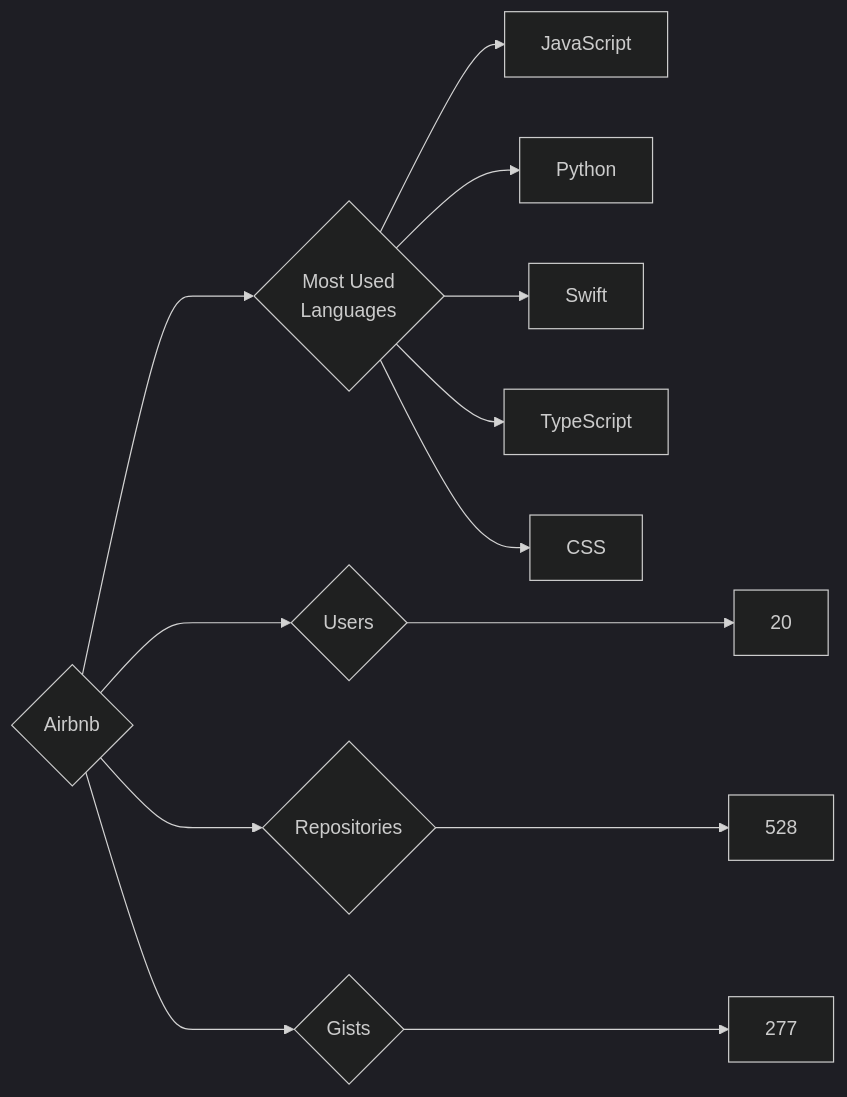
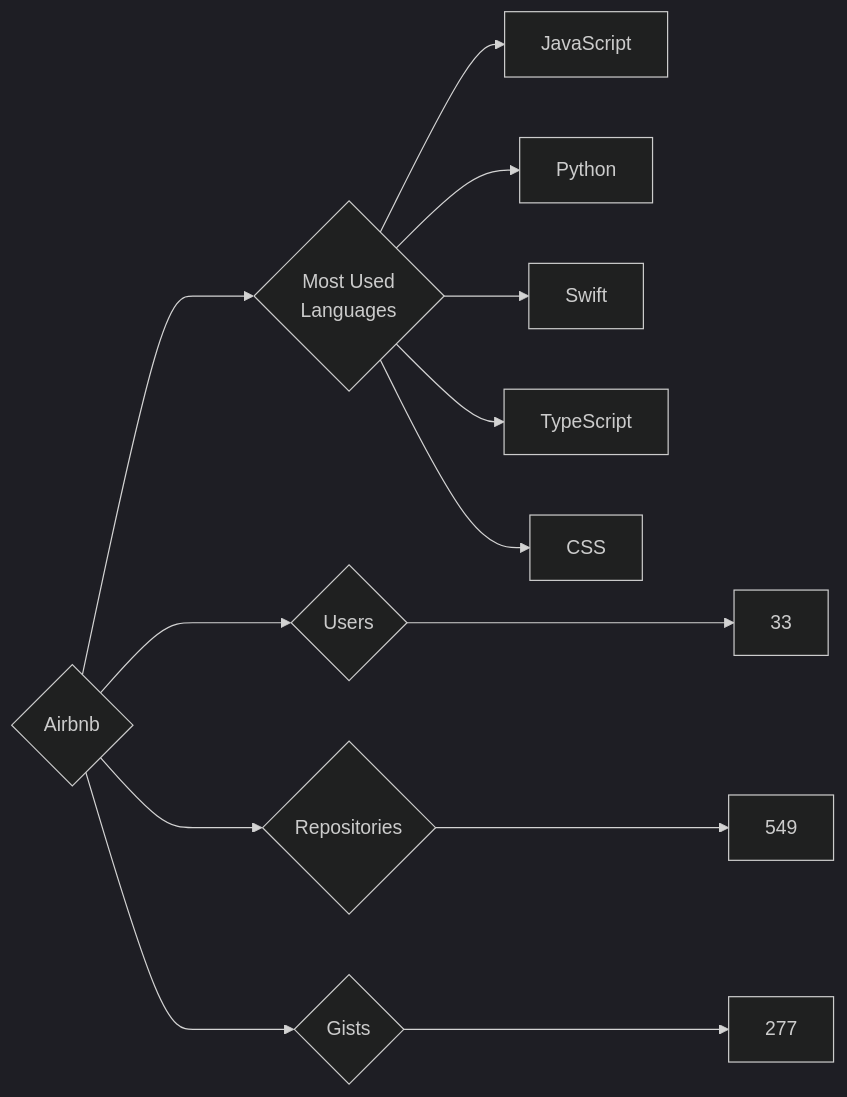
Before and after one commit to trickest/insiders: the diagram in targets/Airbnb/README.md, drawn with Mermaid (dark theme). The commit also changed 823 other files, not shown here.

````diff
--- a/targets/Airbnb/README.md
+++ b/targets/Airbnb/README.md
@@ -3,13 +3,13 @@
 ```mermaid
 graph LR
 COMPANY_NAME{Airbnb}
-COMPANY_NAME ---> U{Users} ---> UN[20]
-COMPANY_NAME ---> R{Repositories} ---> RN[528]
+COMPANY_NAME ---> U{Users} ---> UN[33]
+COMPANY_NAME ---> R{Repositories} ---> RN[549]
 COMPANY_NAME ---> G{Gists} ---> GN[277]
 COMPANY_NAME ---> ML{Most Used<br>Languages}
 ML --> JavaScript[JavaScript]
 ML --> Python[Python]
 ML --> Swift[Swift]
 ML --> TypeScript[TypeScript]
 ML --> CSS[CSS]
 ```
````
